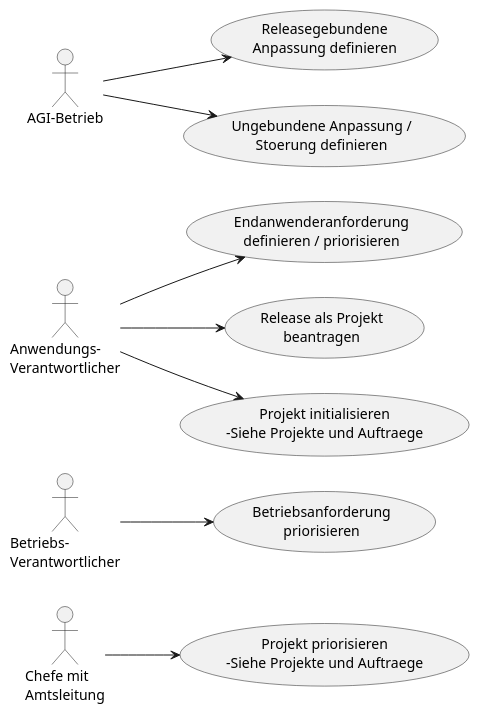
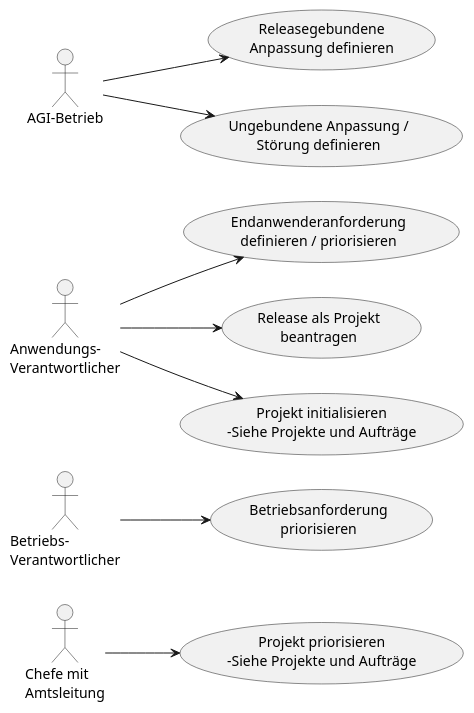
Before and after one commit to ojeker/docktick: the diagram in puml/src/uc_subsystem.puml, drawn with PlantUML. The commit also changed 18 other files, not shown here.

Commit message:
Diagramme mit Umlauten versehen

```diff
--- a/puml/src/uc_subsystem.puml
+++ b/puml/src/uc_subsystem.puml
@@ -1,29 +1,29 @@
 @startuml
 left to right direction
 
 :Chefe mit\nAmtsleitung: as chef
 :Betriebs-\nVerantwortlicher: as bv
 :Anwendungs-\nVerantwortlicher: as av
 :AGI-Betrieb: as betrieb
 
-(Projekt priorisieren\n-Siehe Projekte und Auftraege) as pprio
+(Projekt priorisieren\n-Siehe Projekte und Aufträge) as pprio
 
 (Betriebsanforderung\npriorisieren) as runtick
 (Endanwenderanforderung\ndefinieren / priorisieren) as usertick
 (Release als Projekt\nbeantragen) as release
-(Projekt initialisieren\n-Siehe Projekte und Auftraege) as init
+(Projekt initialisieren\n-Siehe Projekte und Aufträge) as init
 (Releasegebundene\nAnpassung definieren) as rtick
-(Ungebundene Anpassung /\nStoerung definieren) as tick
+(Ungebundene Anpassung /\nStörung definieren) as tick
 
 
 
 chef --> pprio
 
 bv --> runtick
 av --> usertick
 av --> release
 av --> init
 
 betrieb --> rtick
 betrieb --> tick
 @enduml
```
